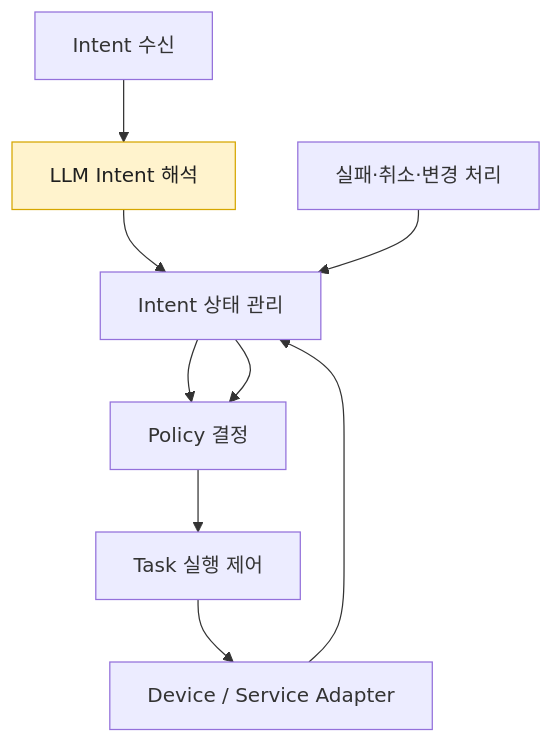
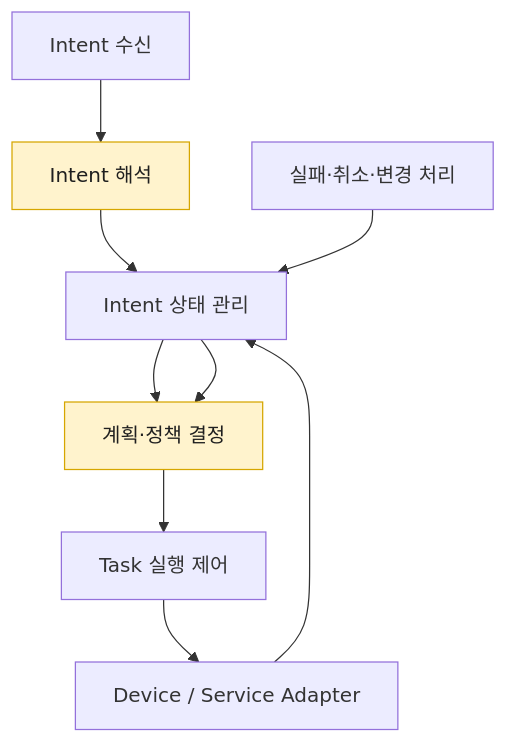
Before and after one commit to Sunwoo-Nam/architect-teamproject: the first of 4 diagrams in docs/DP 후보안/DP11-Intent 실행 흐름의 상태 모델링 및 변경·복구 범위 관리 방식.md, drawn with Mermaid. The commit also changed other lines of this file, not shown here.

Commit message:
Clarify DP11 intent state modeling and projection

````diff
--- a/docs/DP 후보안/DP11-Intent 실행 흐름의 상태 모델링 및 변경·복구 범위 관리 방식.md
+++ b/docs/DP 후보안/DP11-Intent 실행 흐름의 상태 모델링 및 변경·복구 범위 관리 방식.md
@@ -42,16 +43,16 @@
 ```mermaid
 flowchart TB
     classDef llm fill:#fff3cd,stroke:#d6a600,color:#1f1f1f
 
-    A["Intent 수신"] --> B["LLM Intent 해석"]
+    A["Intent 수신"] --> B["Intent 해석"]
     B --> C["Intent 상태 관리"]
-    C --> D["Policy 결정"]
+    C --> D["계획·정책 결정"]
     D --> E["Task 실행 제어"]
     E --> F["Device / Service Adapter"]
     F --> C
 
     G["실패·취소·변경 처리"] --> C
     C --> D
 
-    class B llm
+    class B,D llm
 ```
````
